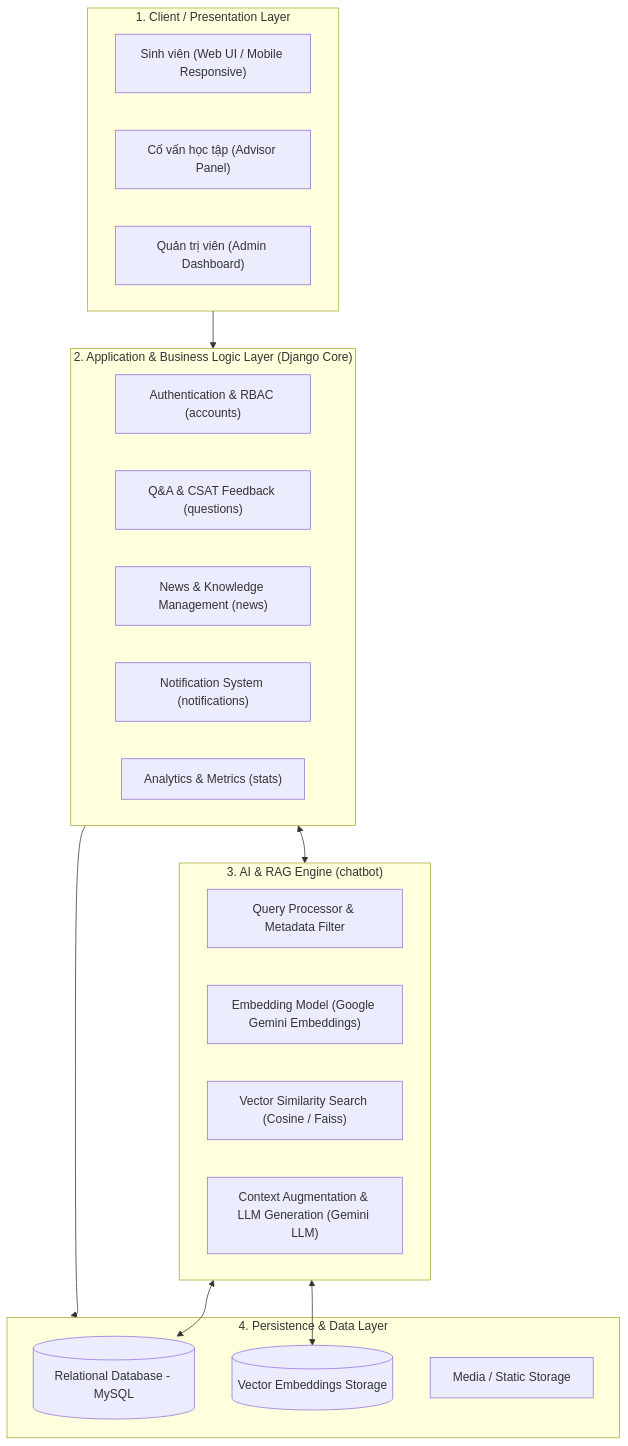
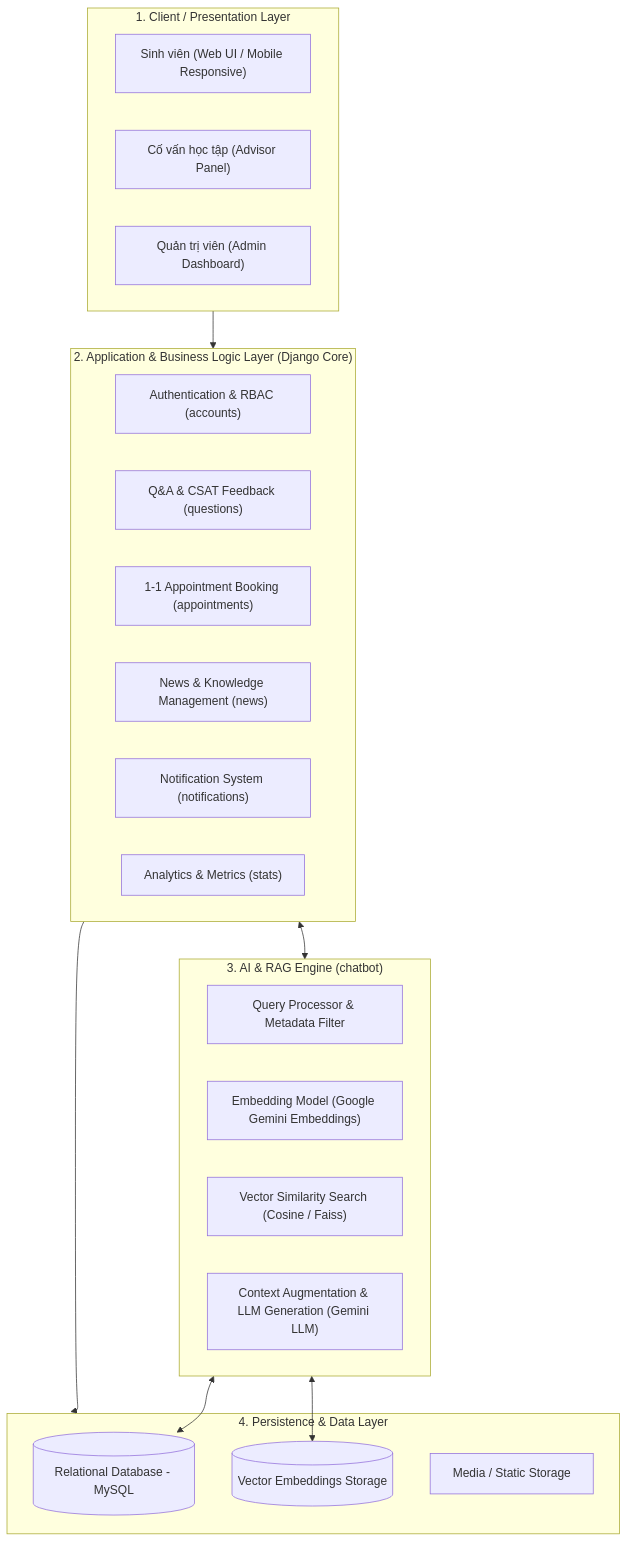
Before and after one commit to tuanbhbh27092005/Xay-dung-website-he-thong-tu-van-sinh-vien: the diagram in README.md, drawn with Mermaid. The commit also changed other lines of this file and 21 other files, not shown here.

Commit message:
Them chuc nang Dat lich tu van truc tiep 1-1 (Advisor Appointment Booking)

````diff
--- a/README.md
+++ b/README.md
@@ -23,35 +24,36 @@
 ```mermaid
 flowchart TD
     subgraph ClientLayer ["1. Client / Presentation Layer"]
         A1["Sinh viên (Web UI / Mobile Responsive)"]
         A2["Cố vấn học tập (Advisor Panel)"]
         A3["Quản trị viên (Admin Dashboard)"]
     end
 
     subgraph AppLayer ["2. Application & Business Logic Layer (Django Core)"]
         B1["Authentication & RBAC (accounts)"]
         B2["Q&A & CSAT Feedback (questions)"]
-        B3["News & Knowledge Management (news)"]
-        B4["Notification System (notifications)"]
-        B5["Analytics & Metrics (stats)"]
+        B3["1-1 Appointment Booking (appointments)"]
+        B4["News & Knowledge Management (news)"]
+        B5["Notification System (notifications)"]
+        B6["Analytics & Metrics (stats)"]
     end
 
     subgraph AIEngine ["3. AI & RAG Engine (chatbot)"]
         C1["Query Processor & Metadata Filter"]
         C2["Embedding Model (Google Gemini Embeddings)"]
         C3["Vector Similarity Search (Cosine / Faiss)"]
         C4["Context Augmentation & LLM Generation (Gemini LLM)"]
     end
 
     subgraph DataLayer ["4. Persistence & Data Layer"]
         D1[("Relational Database - MySQL")]
         D2[("Vector Embeddings Storage")]
         D3["Media / Static Storage"]
     end
 
     ClientLayer --> AppLayer
     AppLayer --> DataLayer
     AppLayer <--> AIEngine
     AIEngine <--> D1
     AIEngine <--> D2
 ```
````
